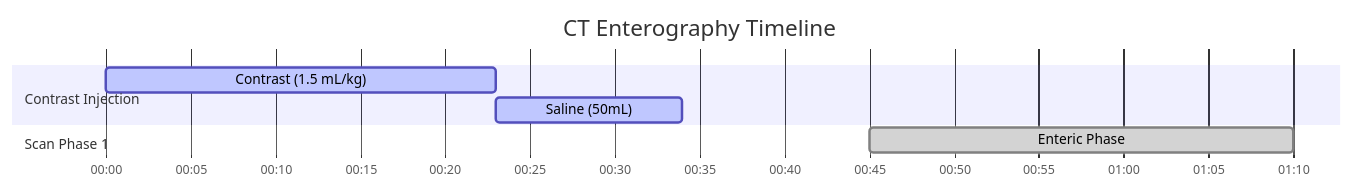
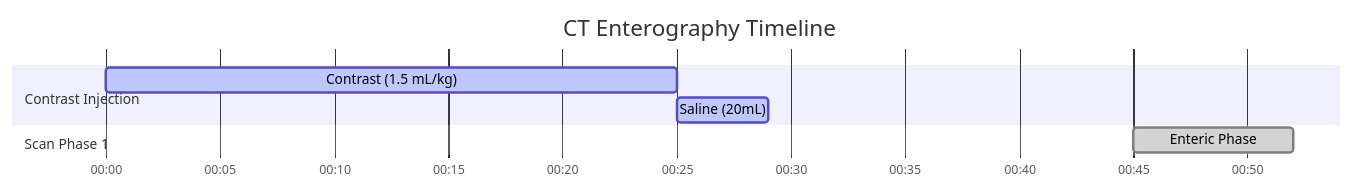
The diagram in docs/ct/abdomen/ct-enterography.md (dfergs93/radiology-protocols), drawn with Mermaid before and after one commit. The commit also changed other lines of this file and 113 other files, not shown here.

````diff
--- a/docs/ct/abdomen/ct-enterography.md
+++ b/docs/ct/abdomen/ct-enterography.md
@@ -82,16 +82,16 @@
   ```mermaid
   ---
   config:
     theme: default
   ---
     gantt
       title CT Enterography Timeline
       dateFormat mm:ss
       axisFormat %M:%S 
       
       section Contrast Injection
-      Contrast (1.5 mL/kg)    :active, contrast, 00:00, 23s
-      Saline (50mL)          :active, saline, after contrast, 11s
+      Contrast (1.5 mL/kg)    :active, contrast, 00:00, 25s
+      Saline (20mL)          :active, saline, after contrast, 4s
       section Scan Phase 1
-      Enteric Phase    :done, scan1, 00:45, 25s
+      Enteric Phase    :done, scan1, 00:45, 7s
   ```
````
